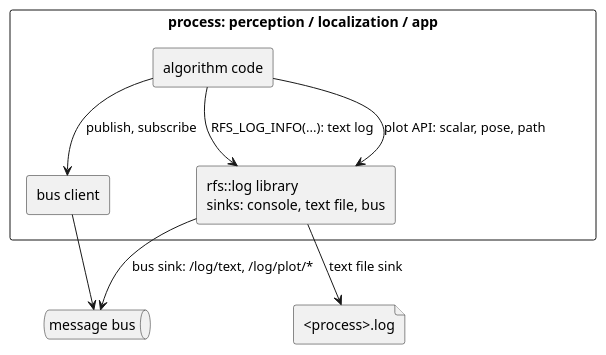
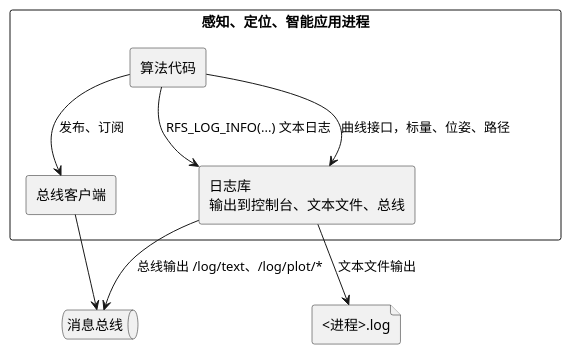
Before and after one commit to ravii/ruhnix-flight-system: the diagram in docs/diagrams/applog-log-library.puml, drawn with PlantUML. The commit also changed 12 other files, not shown here.

First line of the commit message:
docs: Chinese PlantUML diagrams without ":" in element names

```diff
--- a/docs/diagrams/applog-log-library.puml
+++ b/docs/diagrams/applog-log-library.puml
@@ -1,20 +1,20 @@
 @startuml
 ' rfs-diagram: applog-log-library
 skinparam componentStyle rectangle
 skinparam shadowing false
 
-rectangle "process: perception / localization / app" {
-  component "algorithm code" as ALG
-  component "bus client" as BC
-  component "rfs::log library\nsinks: console, text file, bus" as LOG
+rectangle "感知、定位、智能应用进程" {
+  component "算法代码" as ALG
+  component "总线客户端" as BC
+  component "日志库\n输出到控制台、文本文件、总线" as LOG
 }
-queue "message bus" as BUS
-file "<process>.log" as TXT
+queue "消息总线" as BUS
+file "<进程>.log" as TXT
 
-ALG --> BC : publish, subscribe
-ALG --> LOG : RFS_LOG_INFO(...): text log
-ALG --> LOG : plot API: scalar, pose, path
+ALG --> BC : 发布、订阅
+ALG --> LOG : RFS_LOG_INFO(...) 文本日志
+ALG --> LOG : 曲线接口，标量、位姿、路径
 BC --> BUS
-LOG --> TXT : text file sink
-LOG --> BUS : bus sink: /log/text, /log/plot/*
+LOG --> TXT : 文本文件输出
+LOG --> BUS : 总线输出 /log/text、/log/plot/*
 @enduml
```
